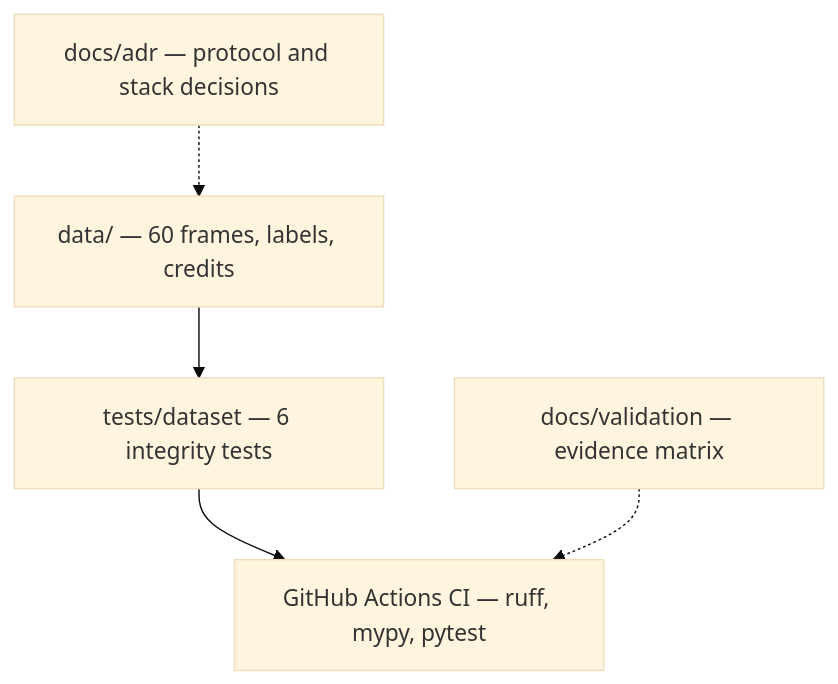
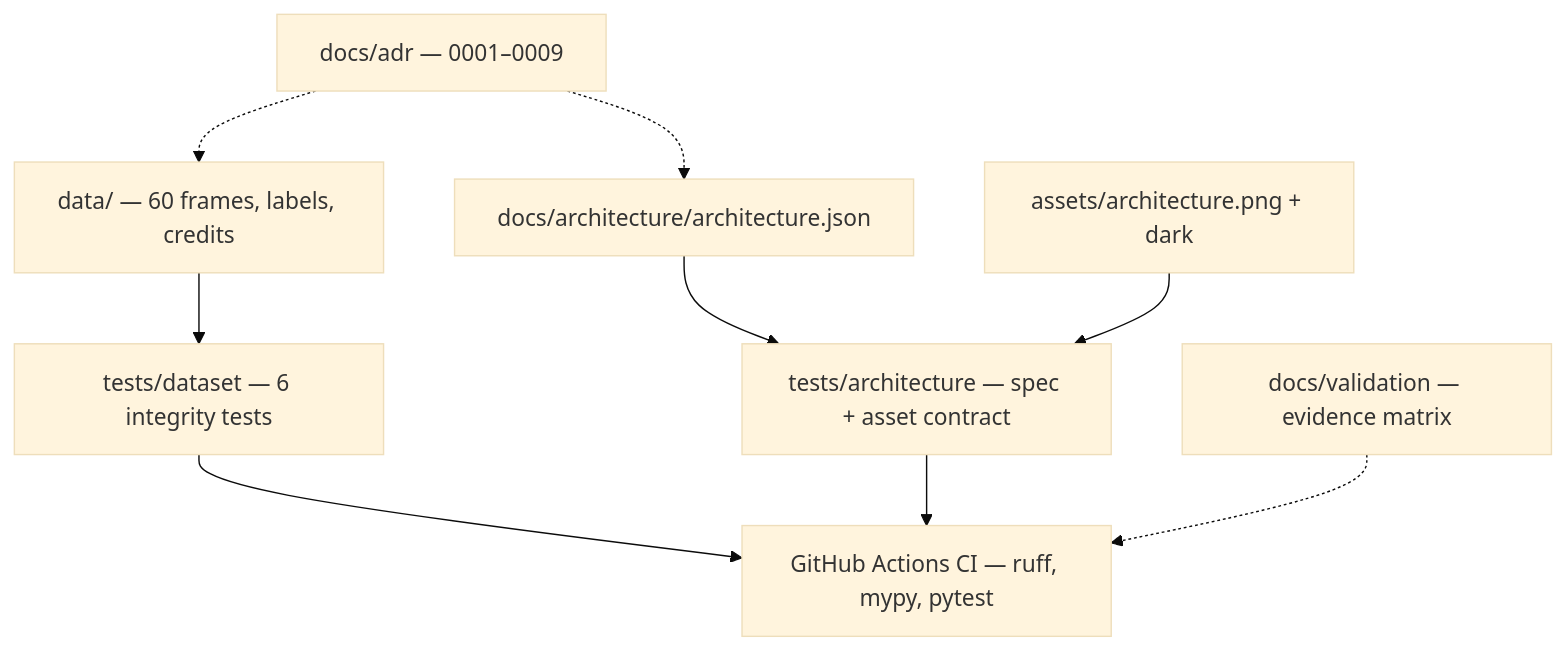
One commit to adriansalvadorekomo/RoadAnomaly changed the first of 5 diagrams in docs/architecture/README.md. Above: the diagram before and after it, drawn with Mermaid (base theme). The commit also changed other lines of this file and 24 other files, not shown here.

First line of the commit message:
docs: align CRISP-DM architecture, API and deployment contracts

````diff
--- a/docs/architecture/README.md
+++ b/docs/architecture/README.md
@@ -37,7 +36,11 @@
 ```mermaid
 flowchart TD
-  D["data/ — 60 frames, labels, credits"] --> T["tests/dataset — 6 integrity tests"]
-  T --> CI["GitHub Actions CI — ruff, mypy, pytest"]
-  ADR["docs/adr — protocol and stack decisions"] -.-> D
+  D["data/ — 60 frames, labels, credits"] --> DT["tests/dataset — 6 integrity tests"]
+  S["docs/architecture/architecture.json"] --> AT["tests/architecture — spec + asset contract"]
+  A["assets/architecture.png + dark"] --> AT
+  DT --> CI["GitHub Actions CI — ruff, mypy, pytest"]
+  AT --> CI
+  ADR["docs/adr — 0001–0009"] -.-> D
+  ADR -.-> S
   M["docs/validation — evidence matrix"] -.-> CI
 ```
````
